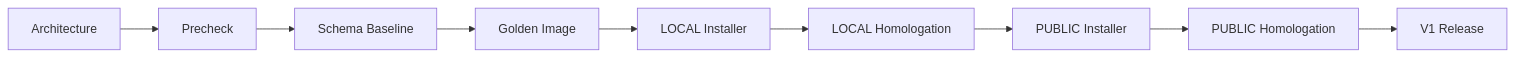
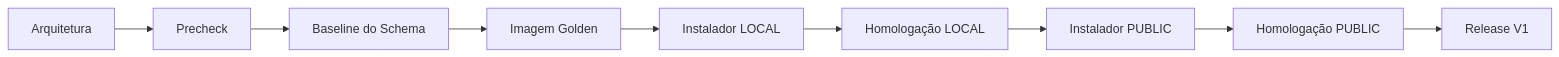
The sixth of 6 diagrams in README.md (SperryTecnologia/debuga-community), drawn with Mermaid before and after one commit. The commit also changed other lines of this file and 4 other files, not shown here.

````diff
--- a/README.md
+++ b/README.md
@@ -490,14 +532,14 @@
 ```mermaid
 flowchart LR
-    A["Architecture"]
+    A["Arquitetura"]
     B["Precheck"]
-    C["Schema Baseline"]
-    D["Golden Image"]
-    E["LOCAL Installer"]
-    F["LOCAL Homologation"]
-    G["PUBLIC Installer"]
-    H["PUBLIC Homologation"]
-    I["V1 Release"]
+    C["Baseline do Schema"]
+    D["Imagem Golden"]
+    E["Instalador LOCAL"]
+    F["Homologação LOCAL"]
+    G["Instalador PUBLIC"]
+    H["Homologação PUBLIC"]
+    I["Release V1"]
 
     A --> B --> C --> D --> E --> F --> G --> H --> I
 ```
````
